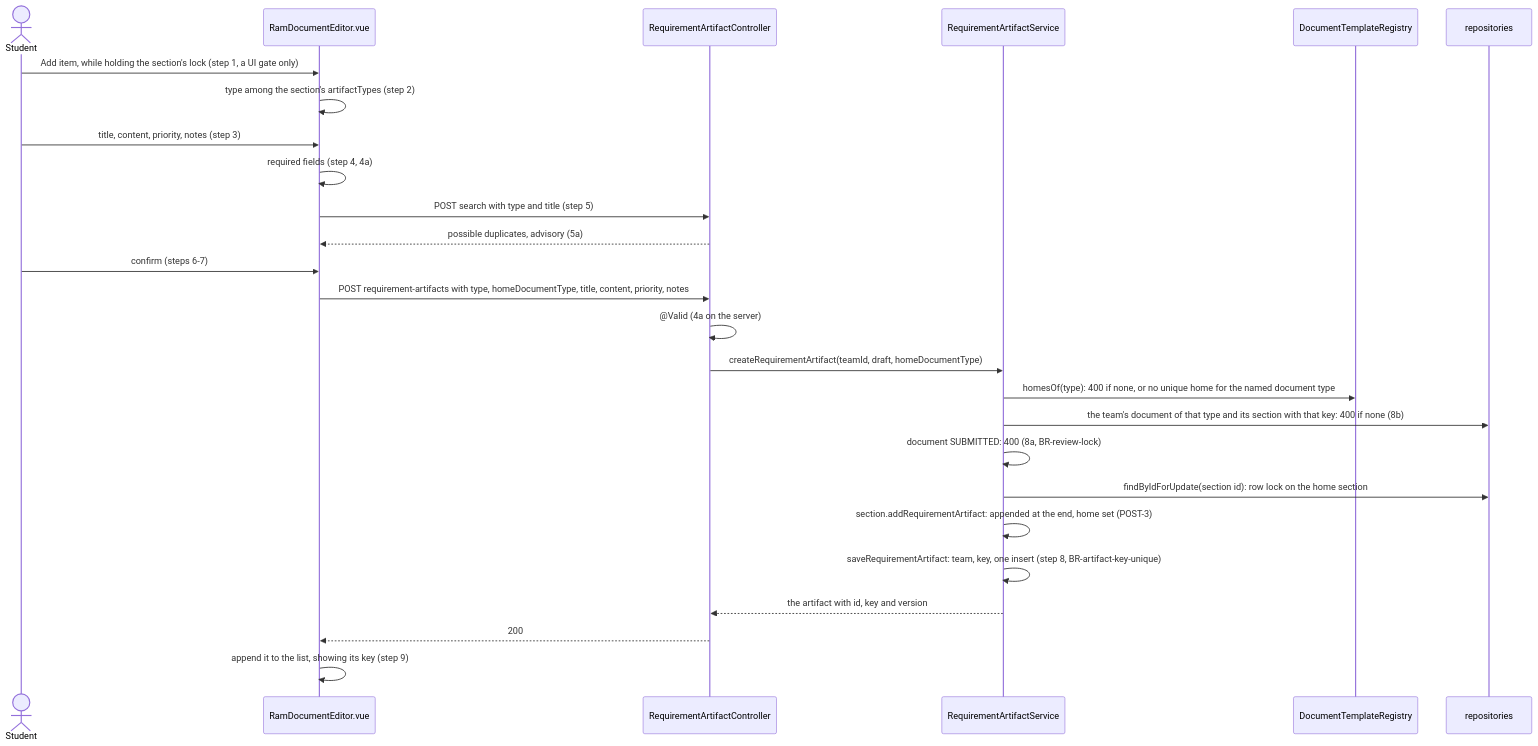
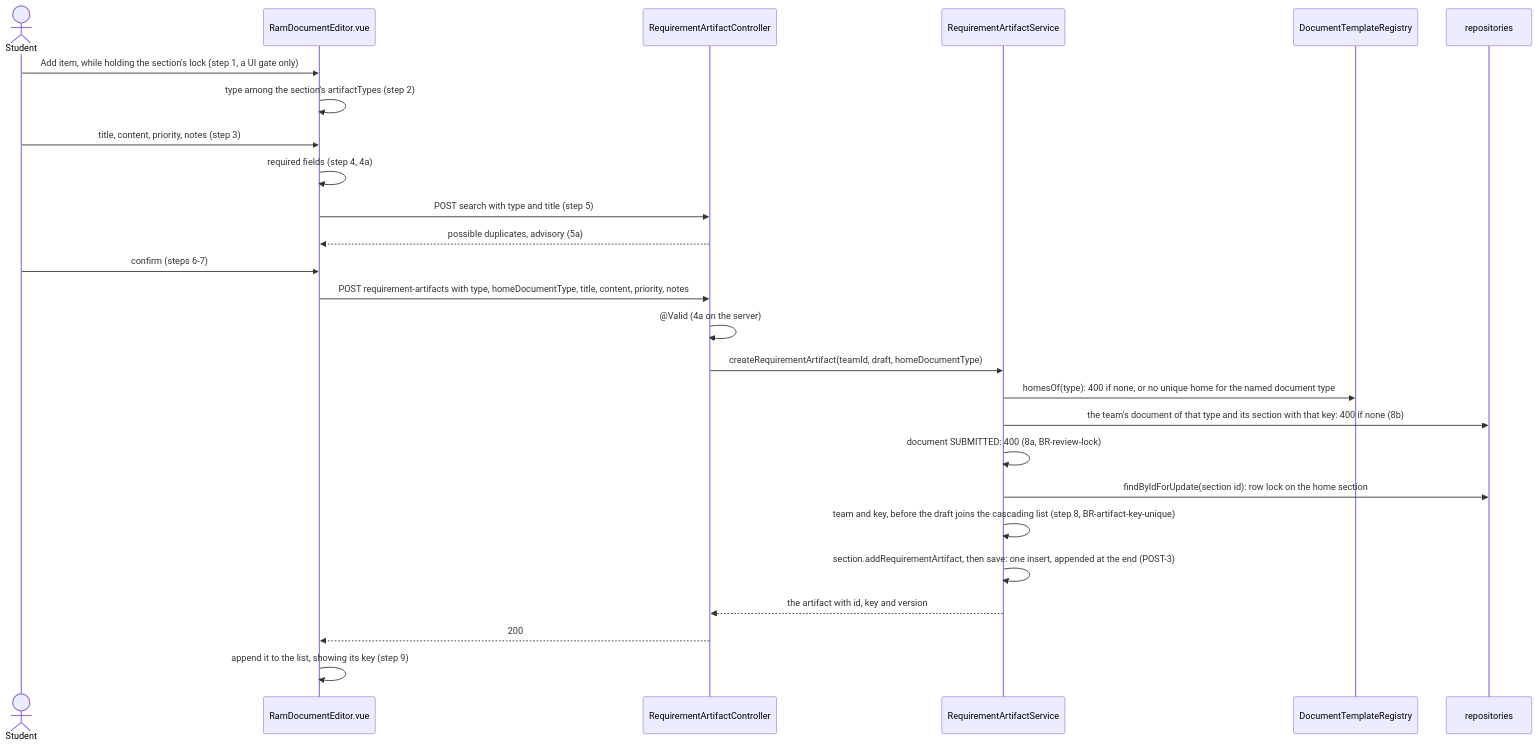
Before and after one commit to Washingtonwei/project-pulse: the second of 2 diagrams in docs/design/art.md, drawn with Mermaid. The commit also changed other lines of this file and 5 other files, not shown here.

````diff
--- a/docs/design/art.md
+++ b/docs/design/art.md
@@ -97,28 +97,28 @@
 ```mermaid
 sequenceDiagram
   actor S as Student
   participant E as RamDocumentEditor.vue
   participant C as RequirementArtifactController
   participant RS as RequirementArtifactService
   participant R as DocumentTemplateRegistry
   participant DB as repositories
   S->>E: Add item, while holding the section's lock (step 1, a UI gate only)
   E->>E: type among the section's artifactTypes (step 2)
   S->>E: title, content, priority, notes (step 3)
   E->>E: required fields (step 4, 4a)
   E->>C: POST search with type and title (step 5)
   C-->>E: possible duplicates, advisory (5a)
   S->>E: confirm (steps 6-7)
   E->>C: POST requirement-artifacts with type, homeDocumentType, title, content, priority, notes
   C->>C: @Valid (4a on the server)
   C->>RS: createRequirementArtifact(teamId, draft, homeDocumentType)
   RS->>R: homesOf(type): 400 if none, or no unique home for the named document type
   RS->>DB: the team's document of that type and its section with that key: 400 if none (8b)
   RS->>RS: document SUBMITTED: 400 (8a, BR-review-lock)
   RS->>DB: findByIdForUpdate(section id): row lock on the home section
-  RS->>RS: section.addRequirementArtifact: appended at the end, home set (POST-3)
-  RS->>RS: saveRequirementArtifact: team, key, one insert (step 8, BR-artifact-key-unique)
+  RS->>RS: team and key, before the draft joins the cascading list (step 8, BR-artifact-key-unique)
+  RS->>RS: section.addRequirementArtifact, then save: one insert, appended at the end (POST-3)
   RS-->>C: the artifact with id, key and version
   C-->>E: 200
   E->>E: append it to the list, showing its key (step 9)
 ```
````
